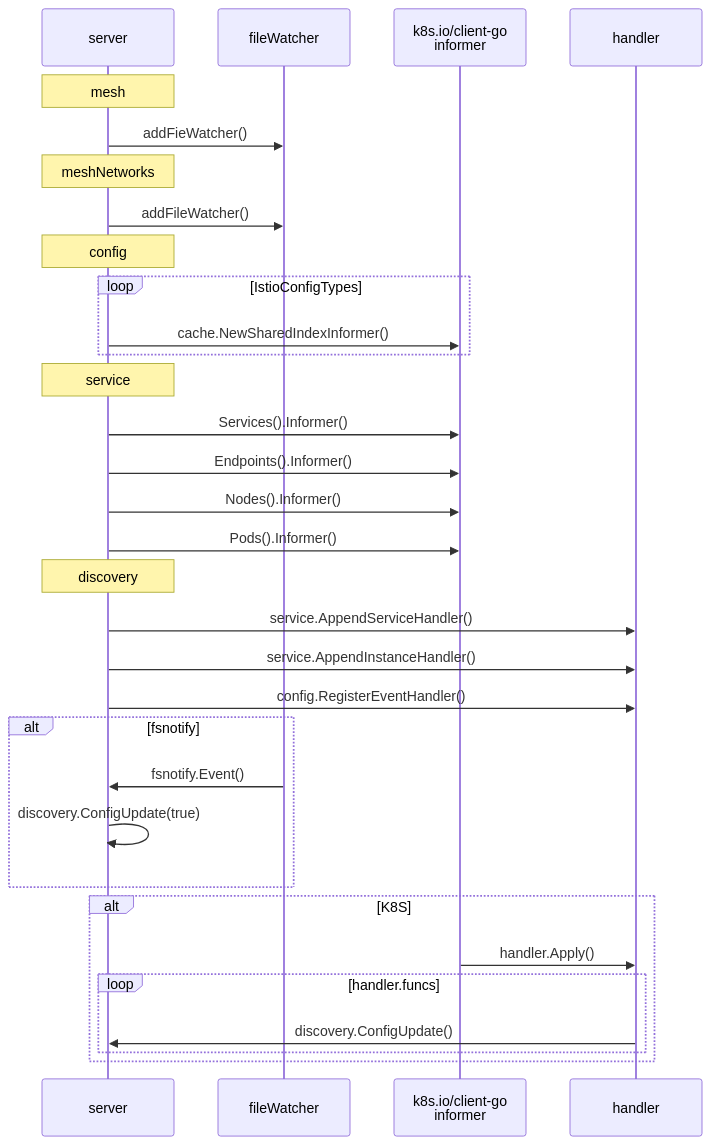
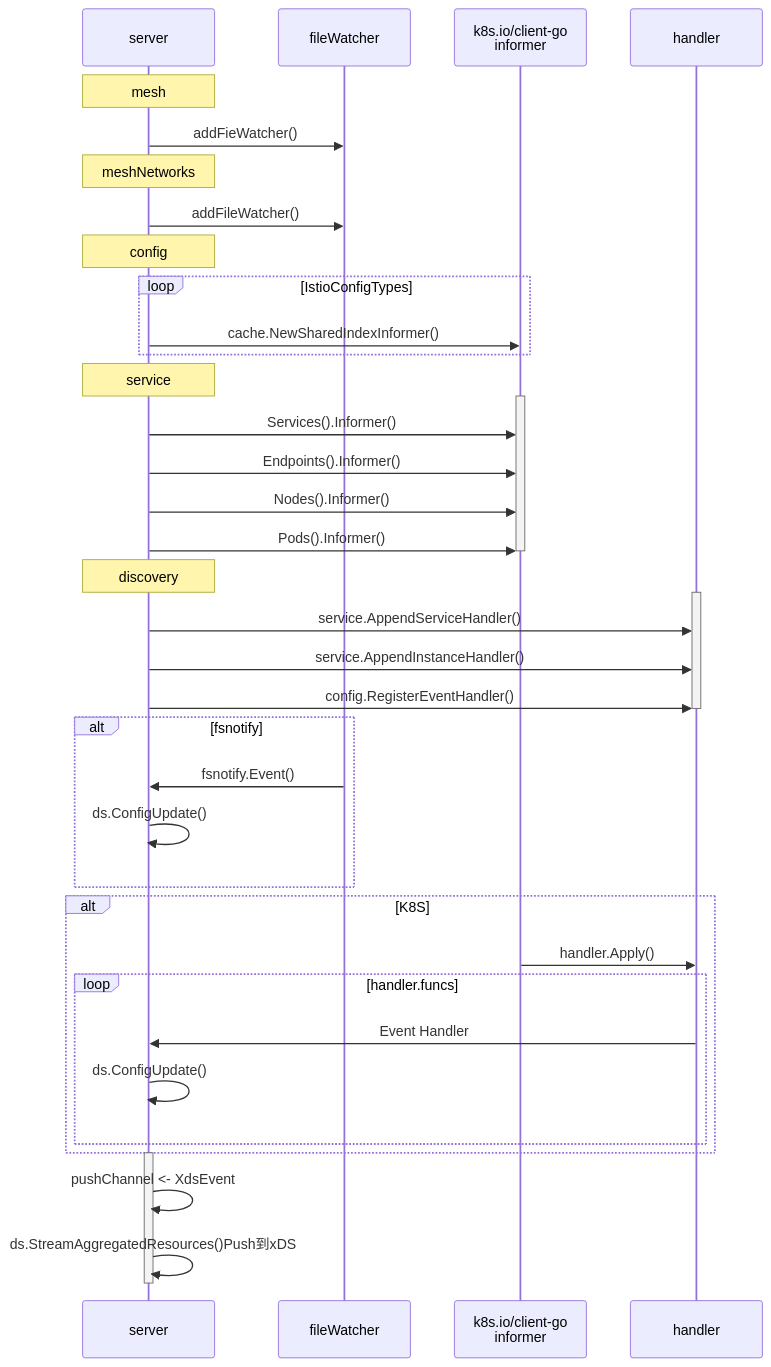
One commit to hb-chen/hbchen.com changed the first of 3 diagrams in content/post/servicemesh/2019-03-17-istio-code-pilot-discovery.md. Above: the diagram before and after it, drawn with Mermaid. The commit also changed other lines of this file and 24 other files, not shown here.

````diff
--- a/content/post/servicemesh/2019-03-17-istio-code-pilot-discovery.md
+++ b/content/post/servicemesh/2019-03-17-istio-code-pilot-discovery.md
@@ -25,38 +25,46 @@
 ```mermaid
 sequenceDiagram
     participant s as server
     participant f as fileWatcher
     participant i as k8s.io/client-go<br/>informer
     participant h as handler
     
     Note over s: mesh
     s ->> f: addFieWatcher()
     Note over s: meshNetworks
     s ->> f: addFileWatcher()
     Note over s: config
         loop IstioConfigTypes
         s ->> i: cache.NewSharedIndexInformer()
         end
     Note over s: service
+        activate i
         s ->> i: Services().Informer()
         s ->> i: Endpoints().Informer()
         s ->> i: Nodes().Informer()
         s ->> i: Pods().Informer()
+        deactivate i
     Note over s: discovery
+        activate h
         s ->> h: service.AppendServiceHandler()
         s ->> h: service.AppendInstanceHandler()
         s ->> h: config.RegisterEventHandler()
-    
+        deactivate h
     alt fsnotify
         f ->> s: fsnotify.Event()
-        s ->> s: discovery.ConfigUpdate(true)
+        s ->> s: ds.ConfigUpdate()
     end
         
     alt K8S
         i ->> h: handler.Apply()
         loop handler.funcs
-            h ->> s: discovery.ConfigUpdate()
+            h ->> s: Event Handler
+            s ->> s: ds.ConfigUpdate()
         end
     end
+    activate s
+    s ->> s: pushChannel <- XdsEvent
+    s ->> s: ds.StreamAggregatedResources()Push到xDS
+    deactivate s
 
 ```
````
